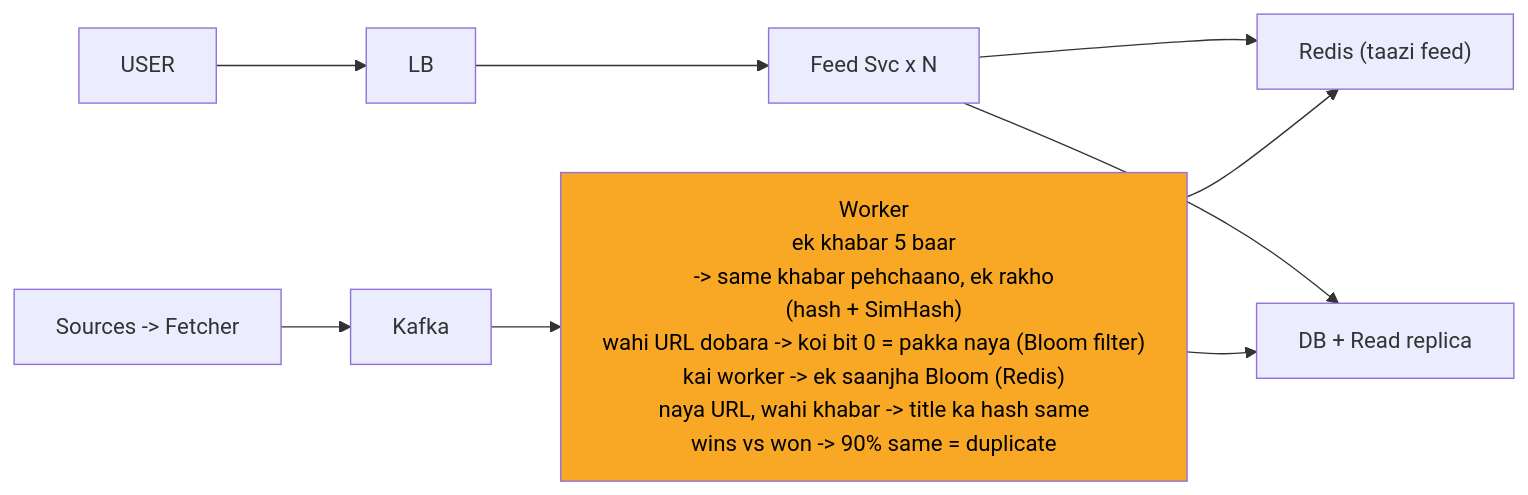
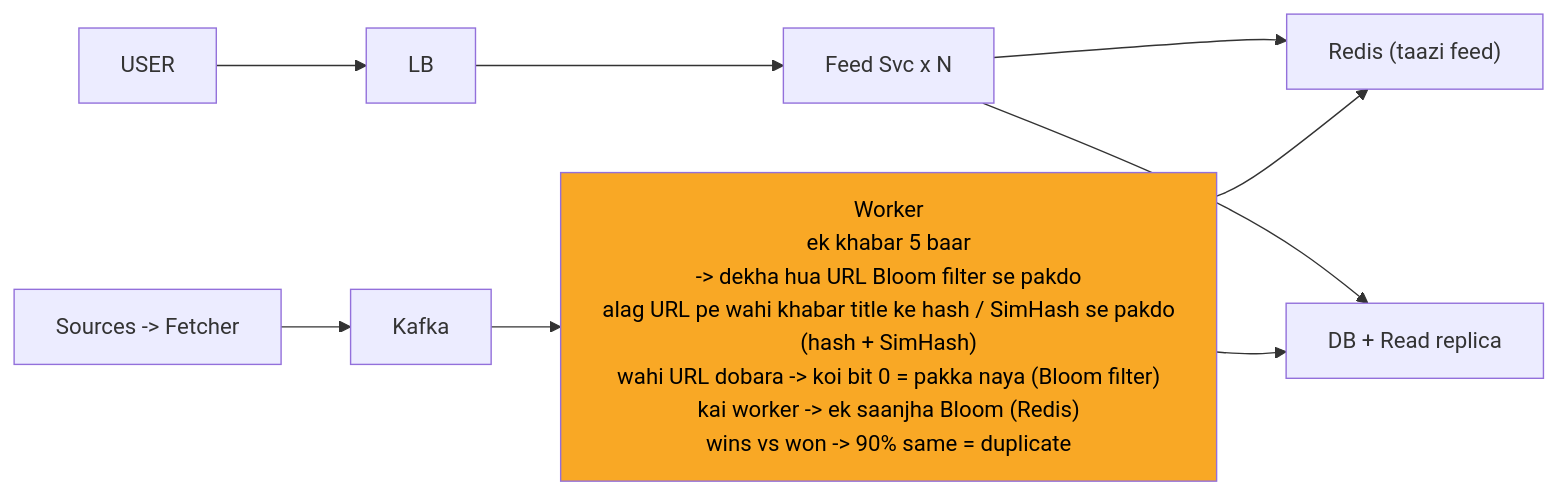
Before and after one commit to ArpanMaheshwari144/Prep: the fifth of 11 diagrams in 04_HLD/SYSTEM_DESIGNS/08_news_aggregator/08_news_aggregator_INTERVIEW.md, drawn with Mermaid. The commit also changed other lines of this file and 13 other files, not shown here.

````diff
--- a/04_HLD/SYSTEM_DESIGNS/08_news_aggregator/08_news_aggregator_INTERVIEW.md
+++ b/04_HLD/SYSTEM_DESIGNS/08_news_aggregator/08_news_aggregator_INTERVIEW.md
@@ -194,21 +194,21 @@
 ```mermaid
 %%{init: {"flowchart": {"wrappingWidth": 450}}}%%
 flowchart LR
     n_USER["USER"]
     n_LB["LB"]
     n_Feed_Svc_xN["Feed Svc x N"]
     n_Redis["Redis (taazi feed)"]
     n_DBR["DB + Read replica"]
-    n_Worker["Worker<br/>ek khabar 5 baar<br/>-> same khabar pehchaano, ek rakho<br/>(hash + SimHash)<br/>wahi URL dobara -> koi bit 0 = pakka naya (Bloom filter)<br/>kai worker -> ek saanjha Bloom (Redis)<br/>naya URL, wahi khabar -> title ka hash same<br/>wins vs won -> 90% same = duplicate"]
+    n_Worker["Worker<br/>ek khabar 5 baar<br/>-> dekha hua URL Bloom filter se pakdo<br/>alag URL pe wahi khabar title ke hash / SimHash se pakdo<br/>(hash + SimHash)<br/>wahi URL dobara -> koi bit 0 = pakka naya (Bloom filter)<br/>kai worker -> ek saanjha Bloom (Redis)<br/>wins vs won -> 90% same = duplicate"]
     n_Kafka["Kafka"]
     n_SF["Sources -> Fetcher"]
     n_USER --> n_LB
     n_LB --> n_Feed_Svc_xN
     n_Feed_Svc_xN --> n_Redis
     n_Feed_Svc_xN --> n_DBR
     n_Worker --> n_DBR
     n_Worker --> n_Redis
     n_Kafka --> n_Worker
     n_SF --> n_Kafka
     style n_Worker fill:#f9a825,color:#000
 ```
````
